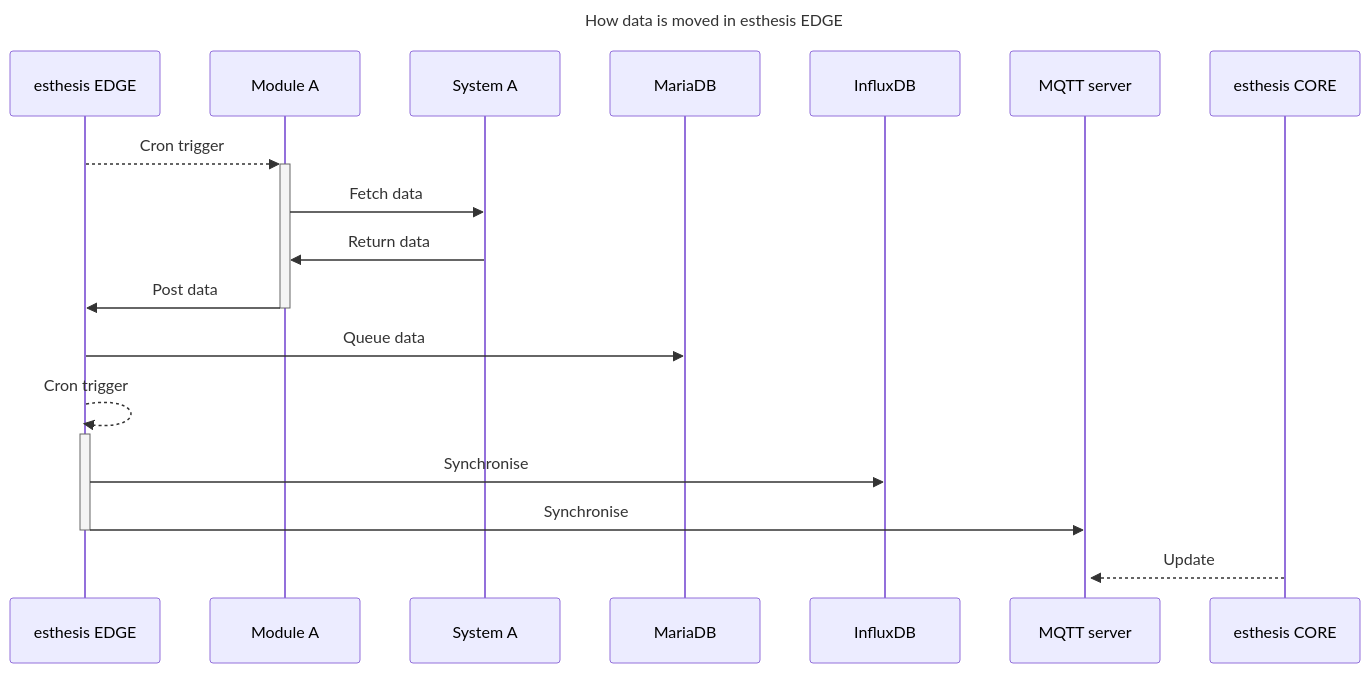
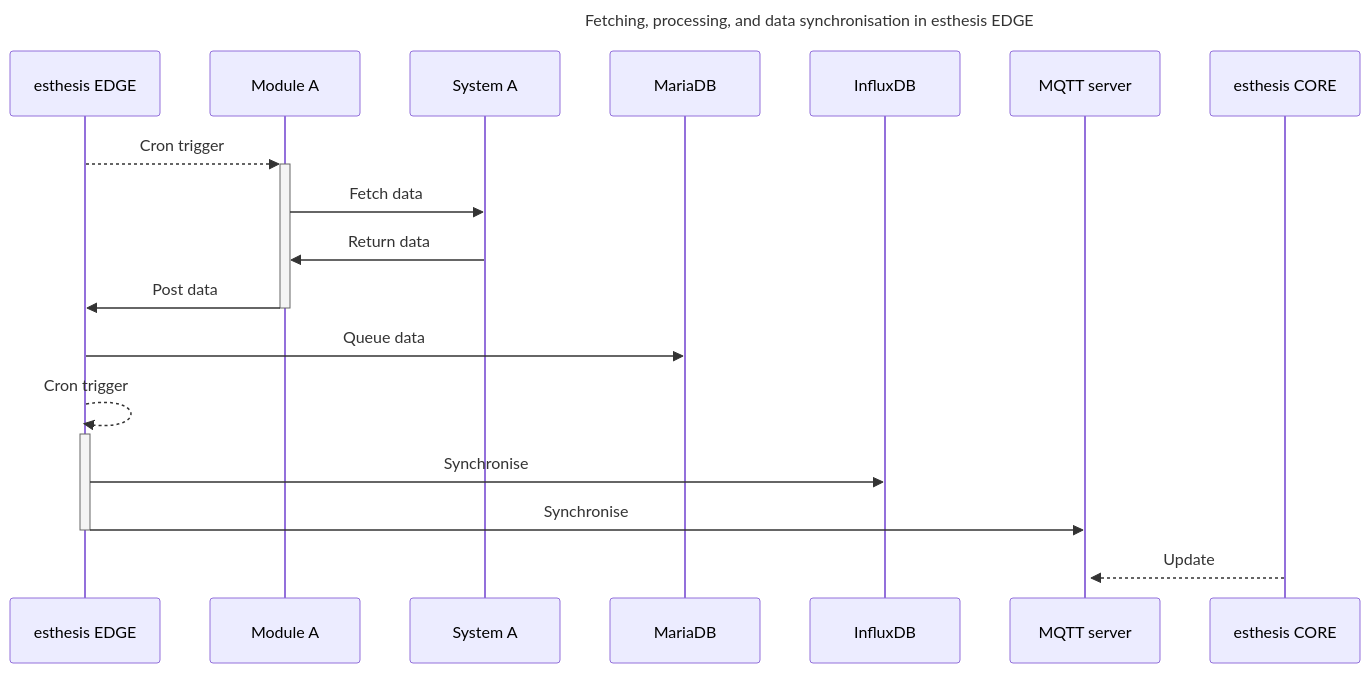
Before and after one commit to esthesis-iot/esthesis-edge: the diagram in esthesis-edge-docs/Writerside/topics/How-it-works.md, drawn with Mermaid. The commit also changed other lines of this file and 9 other files, not shown here.

````diff
--- a/esthesis-edge-docs/Writerside/topics/How-it-works.md
+++ b/esthesis-edge-docs/Writerside/topics/How-it-works.md
@@ -13,17 +13,17 @@
 ```mermaid
 ---
-title: How data is moved in esthesis EDGE
+title: Fetching, processing, and data synchronisation in esthesis EDGE
 ---
 sequenceDiagram
     esthesis EDGE-->>+Module A: Cron trigger 
     Module A->>System A: Fetch data
     System A->>Module A: Return data
     Module A->>-esthesis EDGE: Post data
     esthesis EDGE->>MariaDB: Queue data
 
     esthesis EDGE-->>+esthesis EDGE: Cron trigger
     esthesis EDGE->>InfluxDB: Synchronise
     esthesis EDGE->>-MQTT server: Synchronise
 
     esthesis CORE-->>+MQTT server: Update
 ```
````
